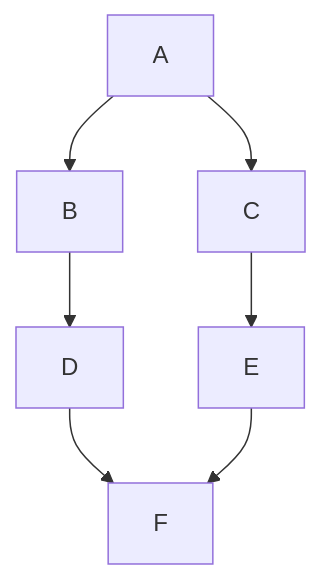
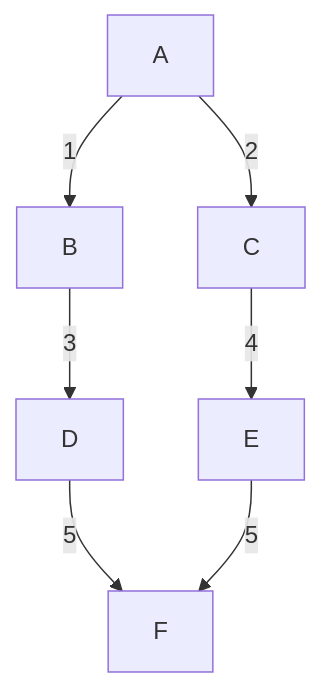
One commit to BasharAlwarad/Software_Engineering_course changed the first of 8 diagrams in graphs/graphs_traversal.md. Above: the diagram before and after it, drawn with Mermaid. The commit also changed other lines of this file and 2 other files, not shown here.

````diff
--- a/graphs/graphs_traversal.md
+++ b/graphs/graphs_traversal.md
@@ -67,9 +42,9 @@
 ```mermaid
 graph TD
-  A --> B
-  A --> C
-  B --> D
-  C --> E
-  D --> F
-  E --> F
+  A -->|1| B
+  A -->|2| C
+  B -->|3| D
+  C -->|4| E
+  D -->|5| F
+  E -->|5| F
 ```
````
